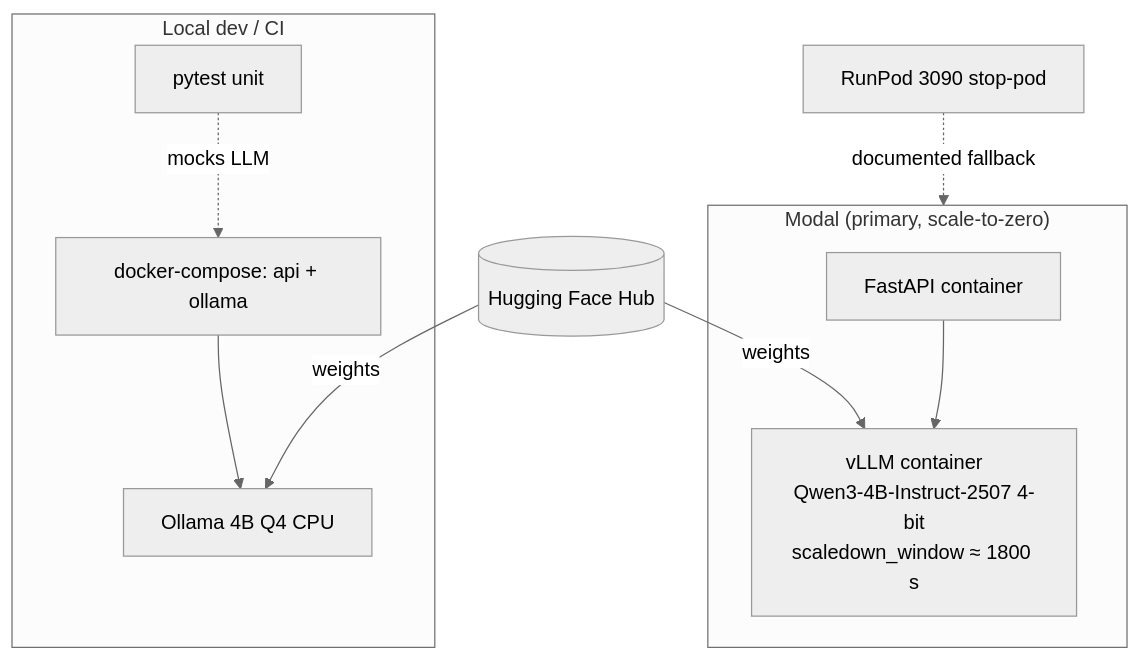
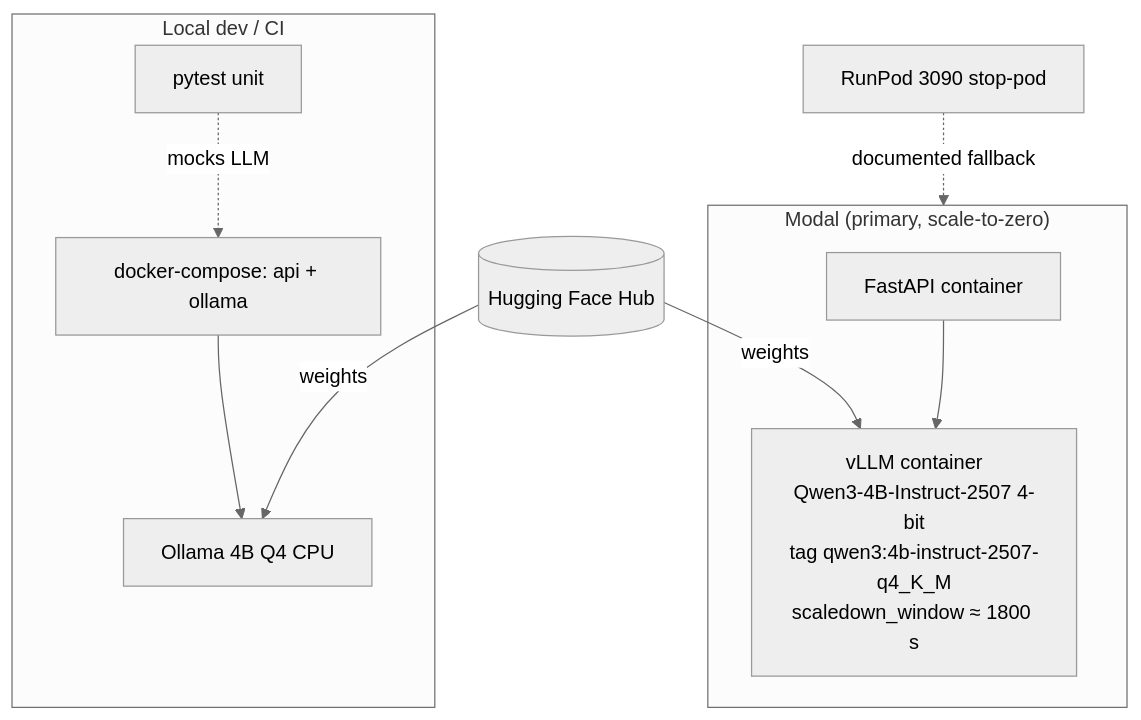
Before and after one commit to mohamedEmad23/etisalat-use-case: the second of 2 diagrams in openspec/changes/add-telco-churn-poc/design.md, drawn with Mermaid (neutral theme). The commit also changed 13 other files, not shown here.

````diff
--- a/openspec/changes/add-telco-churn-poc/design.md
+++ b/openspec/changes/add-telco-churn-poc/design.md
@@ -89,13 +89,13 @@
 ```mermaid
 flowchart TB
     subgraph Prod["Modal (primary, scale-to-zero)"]
-        FA[FastAPI container] --> VLLM[vLLM container<br/>Qwen3-4B-Instruct-2507 4-bit<br/>scaledown_window ≈ 1800 s]
+        FA[FastAPI container] --> VLLM[vLLM container<br/>Qwen3-4B-Instruct-2507 4-bit<br/>tag qwen3:4b-instruct-2507-q4_K_M<br/>scaledown_window ≈ 1800 s]
     end
     subgraph Local["Local dev / CI"]
         DC[docker-compose: api + ollama] --> OLL[Ollama 4B Q4 CPU]
         CI[pytest unit] -.mocks LLM.-> DC
     end
     HF[(Hugging Face Hub)] -- weights --> VLLM
     HF -- weights --> OLL
     RP[RunPod 3090 stop-pod] -. documented fallback .-> Prod
 ```
````
